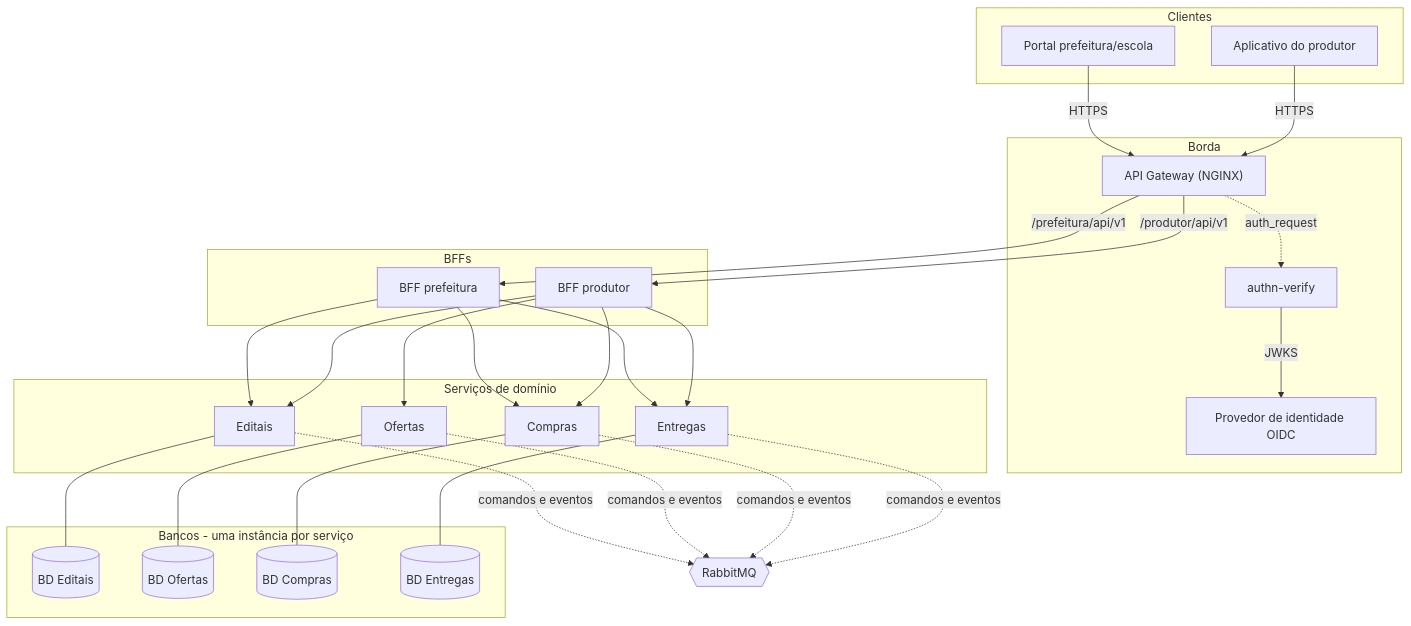
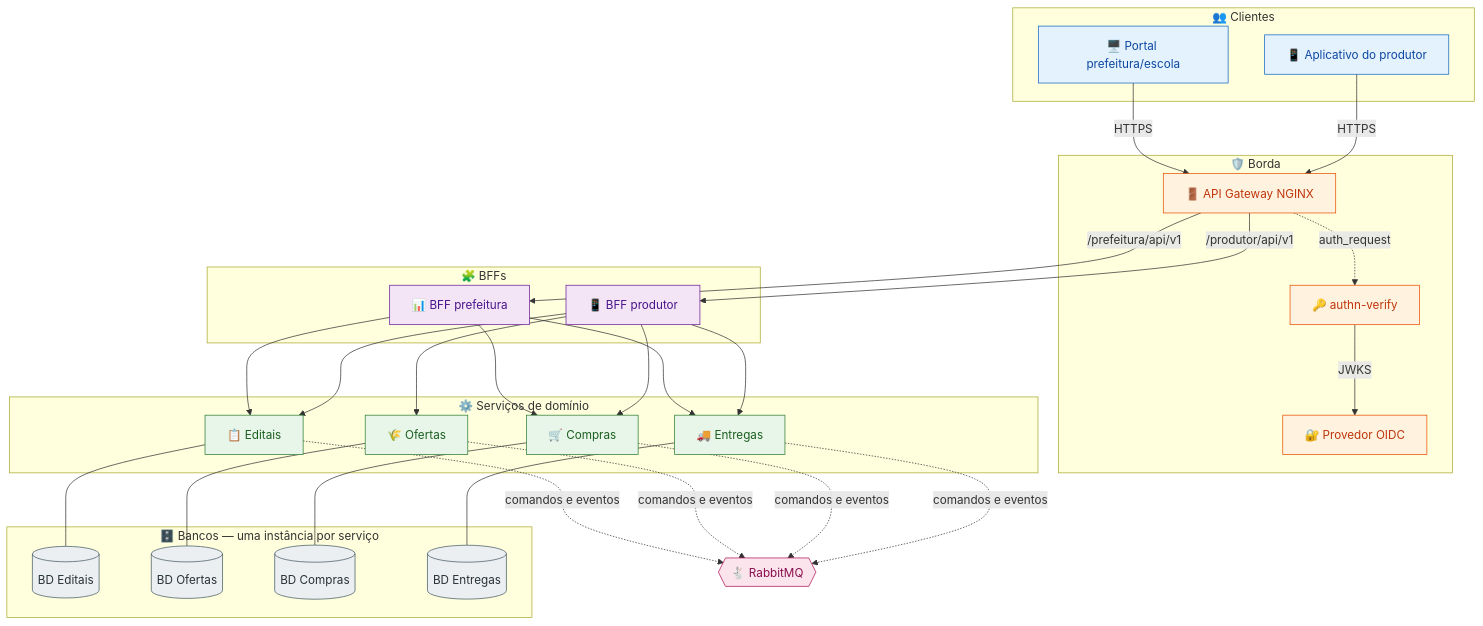
The second of 4 diagrams in docs/parte2/01-servicos.md (camidebem/CampoConecta), drawn with Mermaid before and after one commit. The commit also changed other lines of this file, not shown here.

````diff
--- a/docs/parte2/01-servicos.md
+++ b/docs/parte2/01-servicos.md
@@ -143,56 +184,70 @@
 ```mermaid
 flowchart TB
-    subgraph CLIENTES["Clientes"]
-        WEB["Portal prefeitura/escola"]
-        APP["Aplicativo do produtor"]
+    subgraph CLIENTES["👥 Clientes"]
+        WEB["🖥️ Portal prefeitura/escola"]
+        APP["📱 Aplicativo do produtor"]
     end
 
-    subgraph BORDA["Borda"]
-        GW["API Gateway (NGINX)"]
-        AV["authn-verify"]
-        IDP["Provedor de identidade OIDC"]
+    subgraph BORDA["🛡️ Borda"]
+        GW["🚪 API Gateway NGINX"]
+        AV["🔑 authn-verify"]
+        IDP["🔐 Provedor OIDC"]
     end
 
-    subgraph BFFS["BFFs"]
-        BP["BFF prefeitura"]
-        BR["BFF produtor"]
+    subgraph BFFS["🧩 BFFs"]
+        BP["📊 BFF prefeitura"]
+        BR["📱 BFF produtor"]
     end
 
-    subgraph DOMINIO["Serviços de domínio"]
-        E["Editais"]
-        O["Ofertas"]
-        C["Compras"]
-        L["Entregas"]
+    subgraph DOMINIO["⚙️ Serviços de domínio"]
+        E["📋 Editais"]
+        O["🌾 Ofertas"]
+        C["🛒 Compras"]
+        L["🚚 Entregas"]
     end
 
-    subgraph DADOS["Bancos - uma instância por serviço"]
+    subgraph DADOS["🗄️ Bancos — uma instância por serviço"]
         DE[("BD Editais")]
         DO[("BD Ofertas")]
         DC[("BD Compras")]
         DL[("BD Entregas")]
     end
 
-    MQ{{"RabbitMQ"}}
+    MQ{{"🐇 RabbitMQ"}}
 
     WEB -->|"HTTPS"| GW
     APP -->|"HTTPS"| GW
     GW -.->|"auth_request"| AV
     AV -->|"JWKS"| IDP
     GW -->|"/prefeitura/api/v1"| BP
     GW -->|"/produtor/api/v1"| BR
     BP --> E
     BP --> C
     BP --> L
     BR --> E
     BR --> O
     BR --> C
     BR --> L
     E --- DE
     O --- DO
     C --- DC
     L --- DL
     E -.->|"comandos e eventos"| MQ
     O -.->|"comandos e eventos"| MQ
     C -.->|"comandos e eventos"| MQ
     L -.->|"comandos e eventos"| MQ
+
+    classDef cliente fill:#e3f2fd,stroke:#1565c0,color:#0d47a1
+    classDef borda fill:#fff3e0,stroke:#e65100,color:#bf360c
+    classDef bff fill:#f3e5f5,stroke:#6a1b9a,color:#4a148c
+    classDef svc fill:#e8f5e9,stroke:#2e7d32,color:#1b5e20
+    classDef dado fill:#eceff1,stroke:#455a64,color:#263238
+    classDef broker fill:#fce4ec,stroke:#ad1457,color:#880e4f
+
+    class WEB,APP cliente
+    class GW,AV,IDP borda
+    class BP,BR bff
+    class E,O,C,L svc
+    class DE,DO,DC,DL dado
+    class MQ broker
 ```
````
